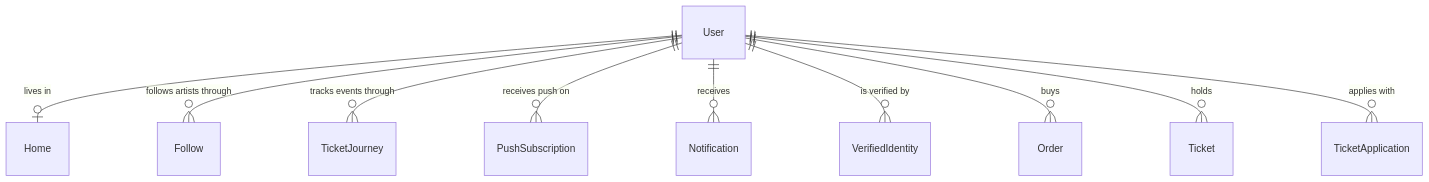
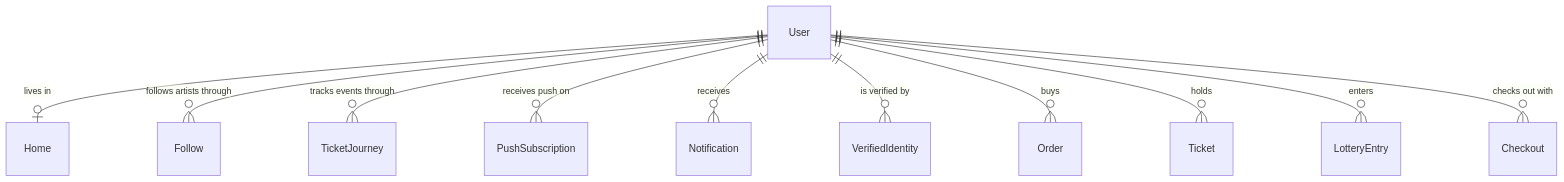
One commit to liverty-music/specification changed the diagram in openspec/specs/components/entity/user/spec.md. Above: the diagram before and after it, drawn with Mermaid. The commit also changed other lines of this file and 190 other files, not shown here.

````diff
--- a/openspec/specs/components/entity/user/spec.md
+++ b/openspec/specs/components/entity/user/spec.md
@@ -30,12 +30,13 @@
 ```mermaid
 erDiagram
   User ||--o| Home : "lives in"
   User ||--o{ Follow : "follows artists through"
   User ||--o{ TicketJourney : "tracks events through"
   User ||--o{ PushSubscription : "receives push on"
   User ||--o{ Notification : "receives"
   User ||--o{ VerifiedIdentity : "is verified by"
   User ||--o{ Order : "buys"
   User ||--o{ Ticket : "holds"
-  User ||--o{ TicketApplication : "applies with"
+  User ||--o{ LotteryEntry : "enters"
+  User ||--o{ Checkout : "checks out with"
 ```
````
